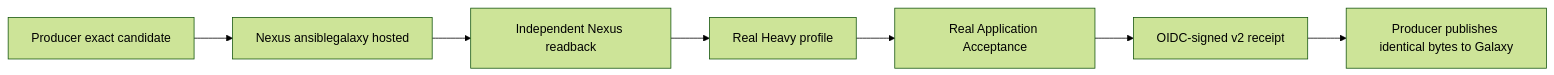
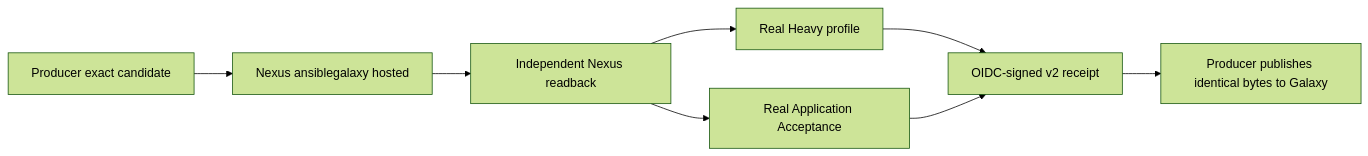
One commit to lightning-it/modulix-validation changed the diagram in docs/mlx90-collection-candidate-validation.md. Above: the diagram before and after it, drawn with Mermaid (forest theme). The commit also changed other lines of this file and 4 other files, not shown here.

````diff
--- a/docs/mlx90-collection-candidate-validation.md
+++ b/docs/mlx90-collection-candidate-validation.md
@@ -22,9 +22,10 @@
 ```mermaid
 flowchart LR
     P[Producer exact candidate] --> N[Nexus ansiblegalaxy hosted]
     N --> R[Independent Nexus readback]
     R --> H[Real Heavy profile]
-    H --> A[Real Application Acceptance]
+    R --> A[Real Application Acceptance]
+    H --> S[OIDC-signed v2 receipt]
     A --> S[OIDC-signed v2 receipt]
     S --> G[Producer publishes identical bytes to Galaxy]
 ```
````
